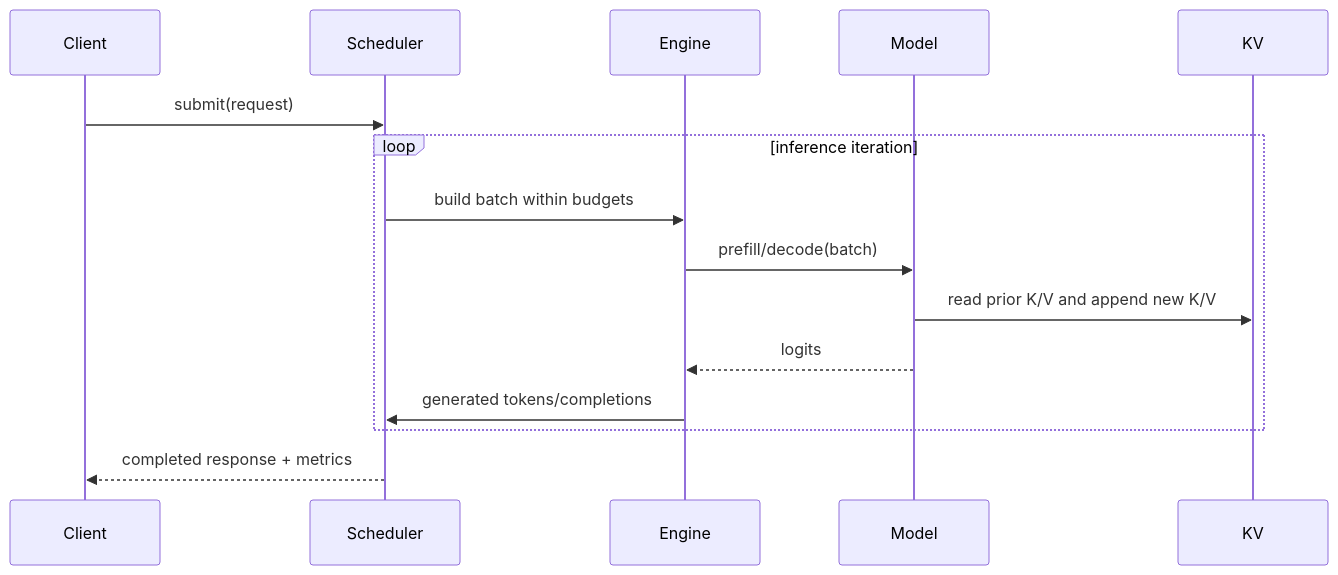
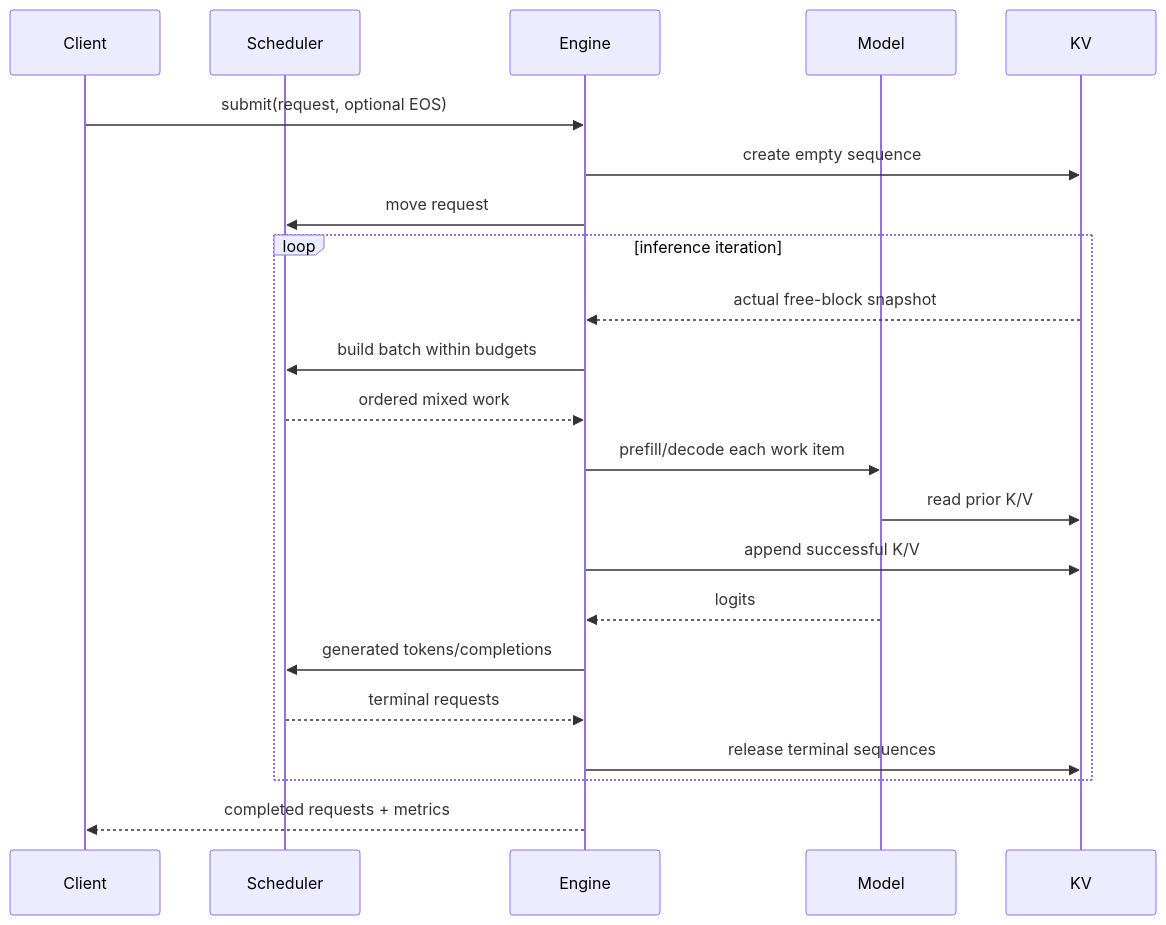
Before and after one commit to parthpandya5/helix-runtime: diagram 12 of 12 in docs/ARCHITECTURE.md, drawn with Mermaid. The commit also changed other lines of this file and 10 other files, not shown here.

````diff
--- a/docs/ARCHITECTURE.md
+++ b/docs/ARCHITECTURE.md
@@ -554,17 +569,24 @@
 ```mermaid
 sequenceDiagram
     participant Client
     participant Scheduler
     participant Engine
     participant Model
     participant KV
-    Client->>Scheduler: submit(request)
+    Client->>Engine: submit(request, optional EOS)
+    Engine->>KV: create empty sequence
+    Engine->>Scheduler: move request
     loop inference iteration
-        Scheduler->>Engine: build batch within budgets
-        Engine->>Model: prefill/decode(batch)
-        Model->>KV: read prior K/V and append new K/V
+        KV-->>Engine: actual free-block snapshot
+        Engine->>Scheduler: build batch within budgets
+        Scheduler-->>Engine: ordered mixed work
+        Engine->>Model: prefill/decode each work item
+        Model->>KV: read prior K/V
+        Engine->>KV: append successful K/V
         Model-->>Engine: logits
         Engine->>Scheduler: generated tokens/completions
+        Scheduler-->>Engine: terminal requests
+        Engine->>KV: release terminal sequences
     end
-    Scheduler-->>Client: completed response + metrics
+    Engine-->>Client: completed requests + metrics
 ```
````
